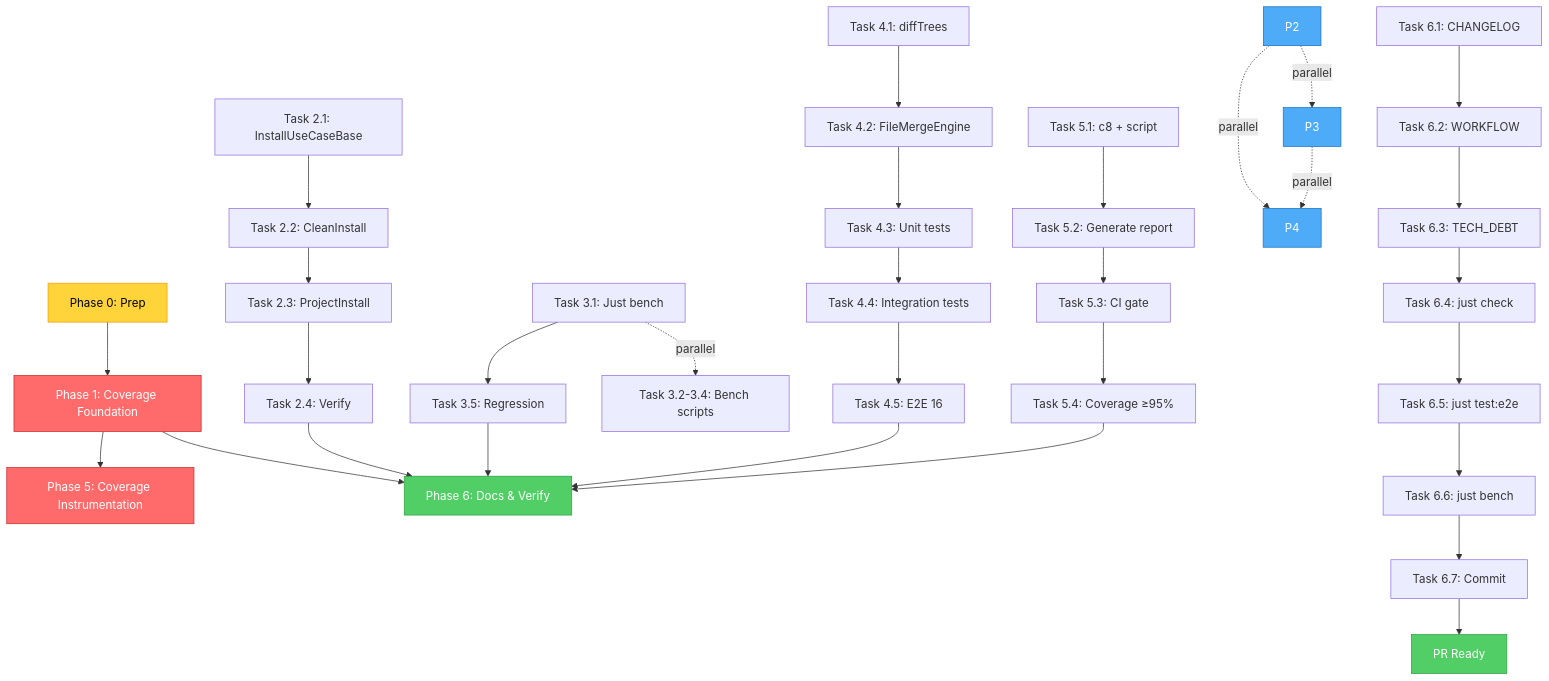
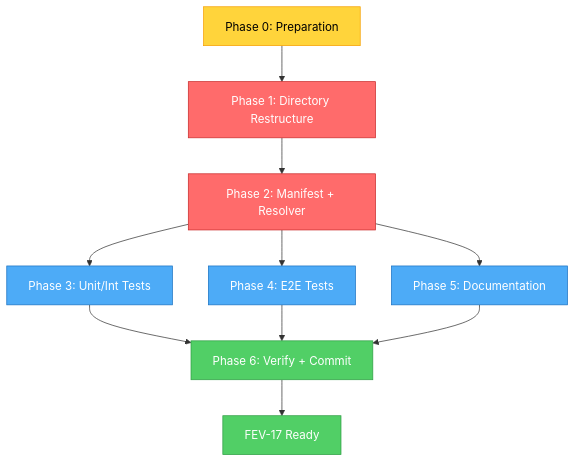
One commit to Fisherk2/codice-opencode changed the second of 2 diagrams in tasks/plan.md. Above: the diagram before and after it, drawn with Mermaid. The commit also changed other lines of this file and 1 other file, not shown here.

First line of the commit message:
docs(tasks): add FEV-17 implementation plan and todo list

````diff
--- a/tasks/plan.md
+++ b/tasks/plan.md
@@ -1487,48 +1353,22 @@
 ```mermaid
 graph TD
-    P0[Phase 0: Prep] --> P1[Phase 1: Coverage Foundation]
-    P1 --> P5[Phase 5: Coverage Instrumentation]
-    P1 --> P6[Phase 6: Docs & Verify]
-    
-    P2A[Task 2.1: InstallUseCaseBase] --> P2B[Task 2.2: CleanInstall]
-    P2B --> P2C[Task 2.3: ProjectInstall]
-    P2C --> P2D[Task 2.4: Verify]
-    P2D --> P6
-    
-    P3A[Task 3.1: Just bench] --> P3B[Task 3.5: Regression]
-    P3B --> P6
-    P3A -.->|parallel| P3C[Task 3.2-3.4: Bench scripts]
-    
-    P4A[Task 4.1: diffTrees] --> P4B[Task 4.2: FileMergeEngine]
-    P4B --> P4C[Task 4.3: Unit tests]
-    P4C --> P4D[Task 4.4: Integration tests]
-    P4D --> P4E[Task 4.5: E2E 16]
-    P4E --> P6
-    
-    P5A[Task 5.1: c8 + script] --> P5B[Task 5.2: Generate report]
-    P5B --> P5C[Task 5.3: CI gate]
-    P5C --> P5D[Task 5.4: Coverage ≥95%]
-    P5D --> P6
-    
-    P2 -.->|parallel| P3
-    P2 -.->|parallel| P4
-    P3 -.->|parallel| P4
-    
-    P6A[Task 6.1: CHANGELOG] --> P6B[Task 6.2: WORKFLOW]
-    P6B --> P6C[Task 6.3: TECH_DEBT]
-    P6C --> P6D[Task 6.4: just check]
-    P6D --> P6E[Task 6.5: just test:e2e]
-    P6E --> P6F[Task 6.6: just bench]
-    P6F --> P6G[Task 6.7: Commit]
-    P6G --> DONE[PR Ready]
-    
+    P0[Phase 0: Preparation] --> P1[Phase 1: Directory Restructure]
+    P1 --> P2[Phase 2: Manifest + Resolver]
+    P2 --> P3[Phase 3: Unit/Int Tests]
+    P2 --> P4[Phase 4: E2E Tests]
+    P2 --> P5[Phase 5: Documentation]
+    P3 --> P6[Phase 6: Verify + Commit]
+    P4 --> P6
+    P5 --> P6
+    P6 --> DONE[FEV-17 Ready]
+
     classDef crit fill:#ff6b6b,stroke:#c92a2a,color:#fff
     classDef gate fill:#51cf66,stroke:#2f9e44,color:#fff
     classDef par fill:#4dabf7,stroke:#1971c2,color:#fff
     classDef seq fill:#ffd43b,stroke:#f59f00,color:#000
-    
-    class P1,P5 crit
+
+    class P1,P2 crit
     class P6,DONE gate
-    class P2,P3,P4 par
+    class P3,P4,P5 par
     class P0 seq
 ```
````
